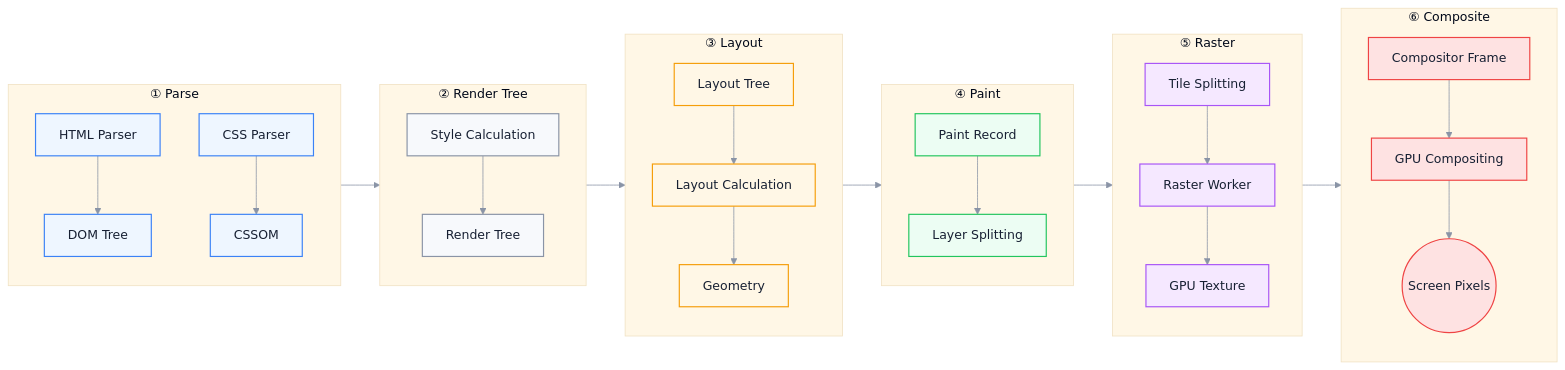
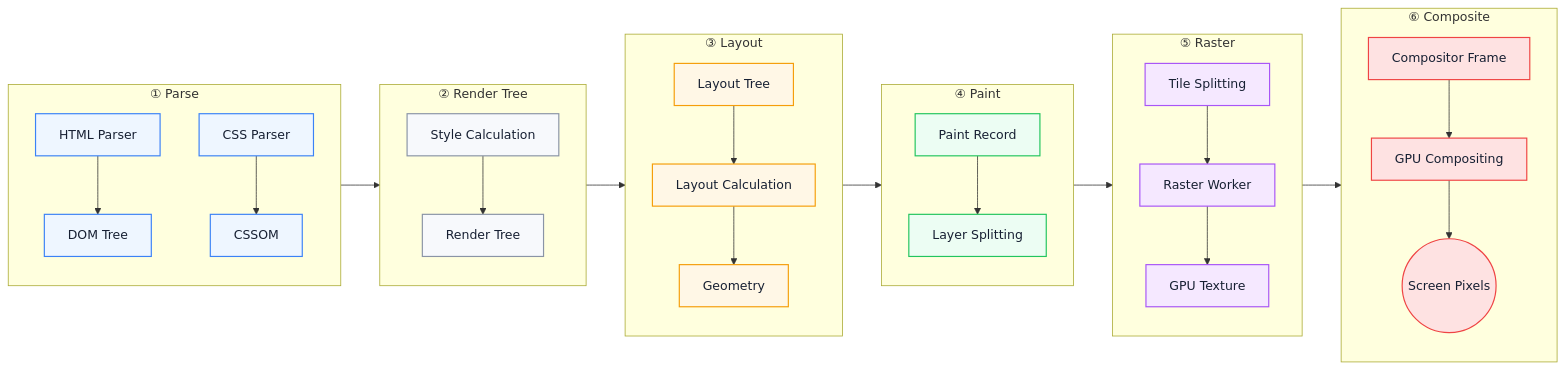
One commit to Fatejian/frontier-vault changed the first of 3 diagrams in docs/en/browser/rendering-pipeline.md. Above: the diagram before and after it, drawn with Mermaid. The commit also changed other lines of this file and 37 other files, not shown here.

````diff
--- a/docs/en/browser/rendering-pipeline.md
+++ b/docs/en/browser/rendering-pipeline.md
@@ -65,67 +65,67 @@
 ```mermaid
-%%{init: {'theme': 'base', 'themeVariables': { 'fontFamily': 'Inter, PingFang SC, Microsoft YaHei, sans-serif', 'primaryColor': '#EEF6FF', 'primaryTextColor': '#172033', 'primaryBorderColor': '#6EA8FE', 'lineColor': '#8A94A6', 'secondaryColor': '#F7F9FC', 'tertiaryColor': '#FFF7E6'}}}%%
+%%{init: {'theme': 'base', 'themeVariables': { 'fontFamily': 'Inter, PingFang SC, Microsoft YaHei, sans-serif', 'primaryColor': '#EEF6FF', 'primaryTextColor': '#172033', 'primaryBorderColor': '#6EA8FE', 'lineColor': '#8A94A6', 'secondaryColor': '#F7F9FC', 'tertiaryColor': '#FFF7E6, 'fontSize': '13px'}}}%%
 flowchart LR
     subgraph Parse["① Parse"]
         direction TB
         A1[HTML Parser]
         A2[DOM Tree]
         A3[CSS Parser]
         A4[CSSOM]
         A1 --> A2
         A3 --> A4
     end
 
     subgraph Render["② Render Tree"]
         direction TB
         B1[Style Calculation]
         B2[Render Tree]
         B1 --> B2
     end
 
     subgraph Layout["③ Layout"]
         direction TB
         C1[Layout Tree]
         C2[Layout Calculation]
         C3[Geometry]
         C1 --> C2 --> C3
     end
 
     subgraph Paint["④ Paint"]
         direction TB
         D1[Paint Record]
         D2[Layer Splitting]
         D1 --> D2
     end
 
     subgraph Raster["⑤ Raster"]
         direction TB
         E1[Tile Splitting]
         E2[Raster Worker]
         E3[GPU Texture]
         E1 --> E2 --> E3
     end
 
     subgraph Composite["⑥ Composite"]
         direction TB
         F1[Compositor Frame]
         F2[GPU Compositing]
         F3((Screen Pixels))
         F1 --> F2 --> F3
     end
 
     Parse --> Render --> Layout --> Paint --> Raster --> Composite
 
     classDef parse fill:#EEF6FF,stroke:#3B82F6,color:#172033,stroke-width:1.5px;
     classDef render fill:#F7F9FC,stroke:#8A94A6,color:#172033,stroke-width:1.5px;
     classDef layout fill:#FFF7E6,stroke:#F59E0B,color:#172033,stroke-width:1.5px;
     classDef paint fill:#ECFDF3,stroke:#22C55E,color:#172033,stroke-width:1.5px;
     classDef raster fill:#F5E8FF,stroke:#A855F7,color:#172033,stroke-width:1.5px;
     classDef composite fill:#FEE2E2,stroke:#EF4444,color:#172033,stroke-width:1.5px;
 
     class A1,A2,A3,A4 parse;
     class B1,B2 render;
     class C1,C2,C3 layout;
     class D1,D2 paint;
     class E1,E2,E3 raster;
     class F1,F2,F3 composite;
 ```
````
